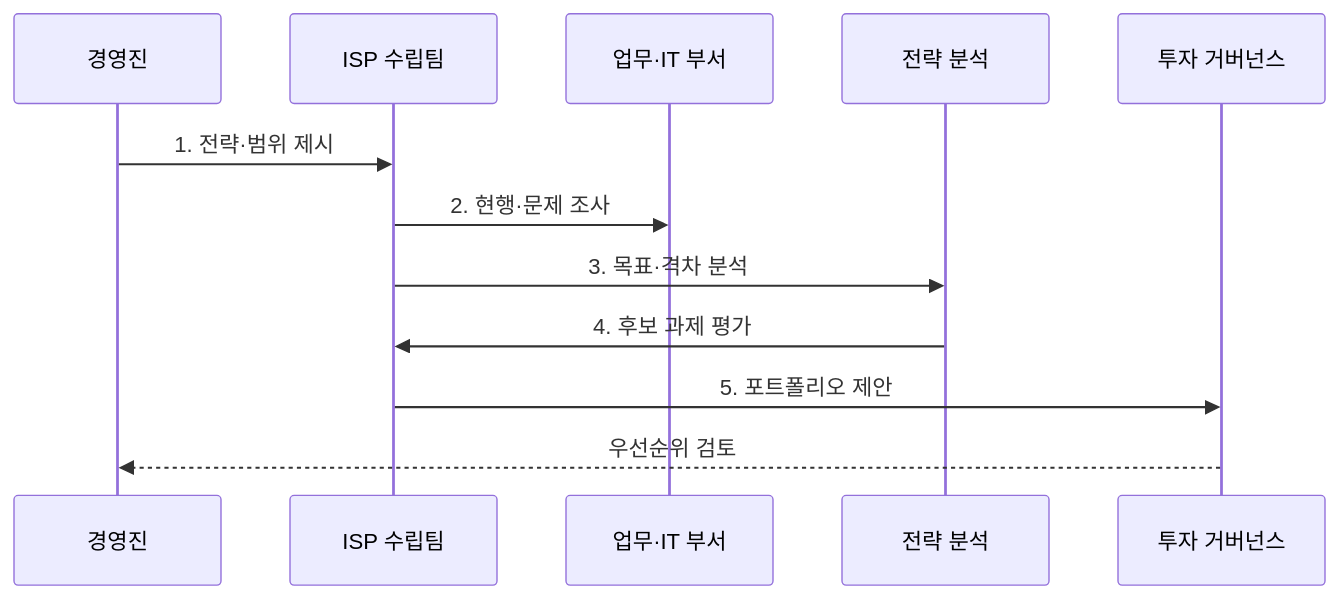
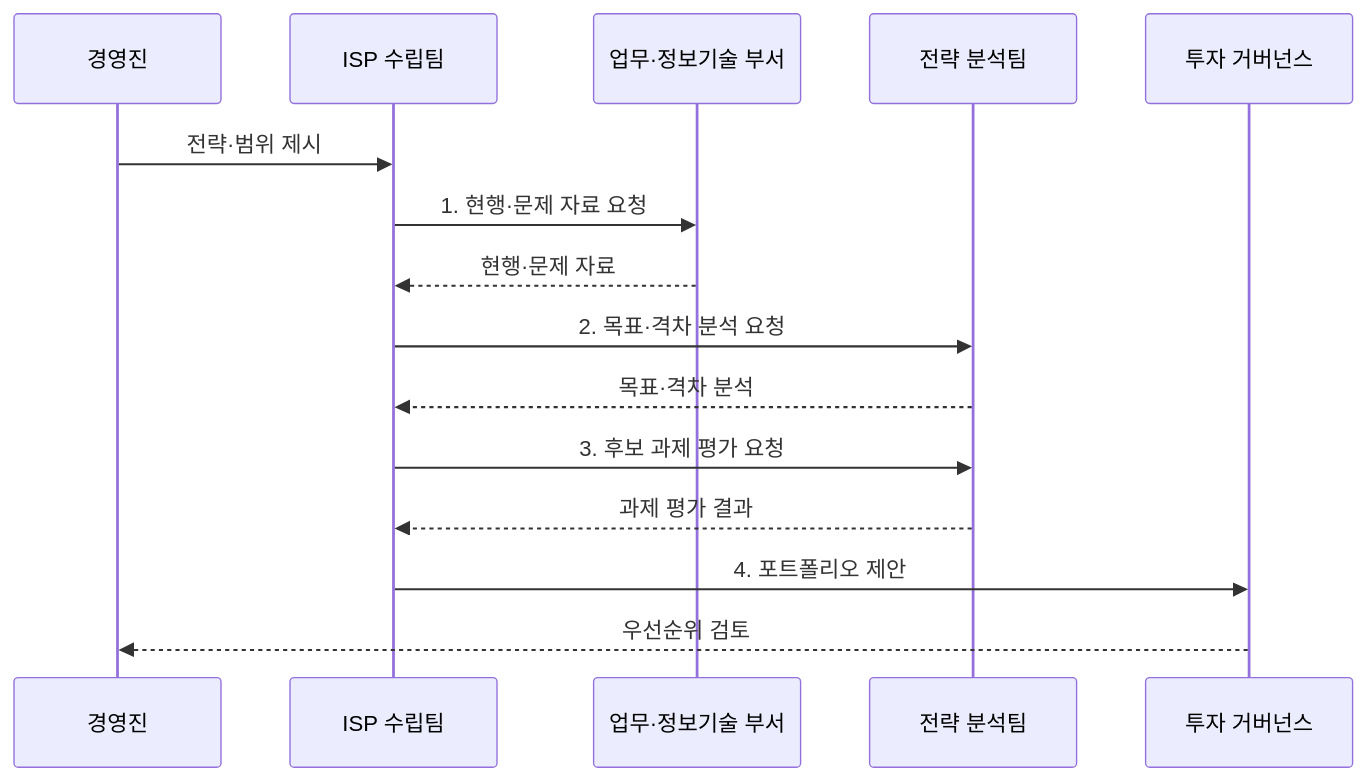
The second of 2 diagrams in src/content/docs/notes/03-software/188_isp.md (agnusdei1207/knowledge-base), drawn with Mermaid before and after one commit. The commit also changed other lines of this file and 20 other files, not shown here.

````diff
--- a/src/content/docs/notes/03-software/188_isp.md
+++ b/src/content/docs/notes/03-software/188_isp.md
@@ -77,14 +79,17 @@
 ```mermaid
 sequenceDiagram
     participant E as 경영진
     participant T as ISP 수립팀
-    participant B as 업무·IT 부서
-    participant A as 전략 분석
+    participant B as 업무·정보기술 부서
+    participant A as 전략 분석팀
     participant G as 투자 거버넌스
-    E->>T: 1. 전략·범위 제시
-    T->>B: 2. 현행·문제 조사
-    T->>A: 3. 목표·격차 분석
-    A->>T: 4. 후보 과제 평가
-    T->>G: 5. 포트폴리오 제안
+    E->>T: 전략·범위 제시
+    T->>B: 1. 현행·문제 자료 요청
+    B-->>T: 현행·문제 자료
+    T->>A: 2. 목표·격차 분석 요청
+    A-->>T: 목표·격차 분석
+    T->>A: 3. 후보 과제 평가 요청
+    A-->>T: 과제 평가 결과
+    T->>G: 4. 포트폴리오 제안
     G-->>E: 우선순위 검토
 ```
````
